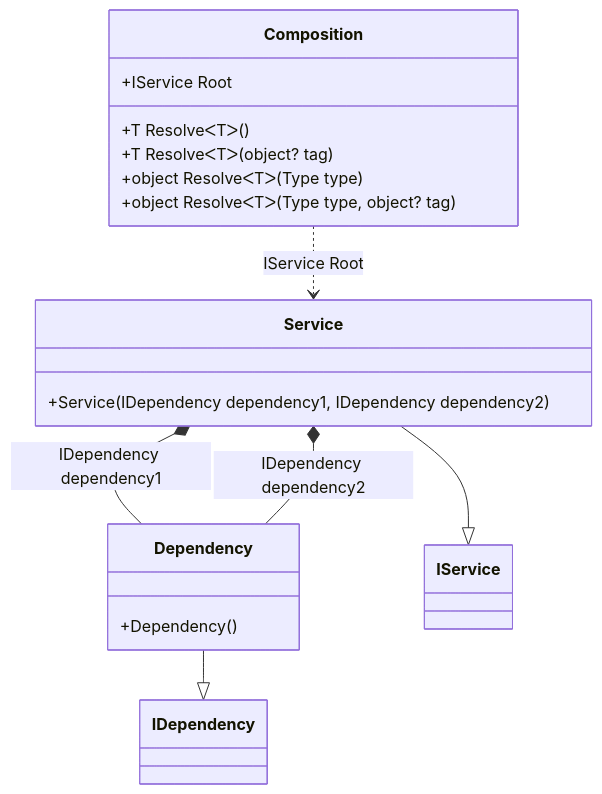
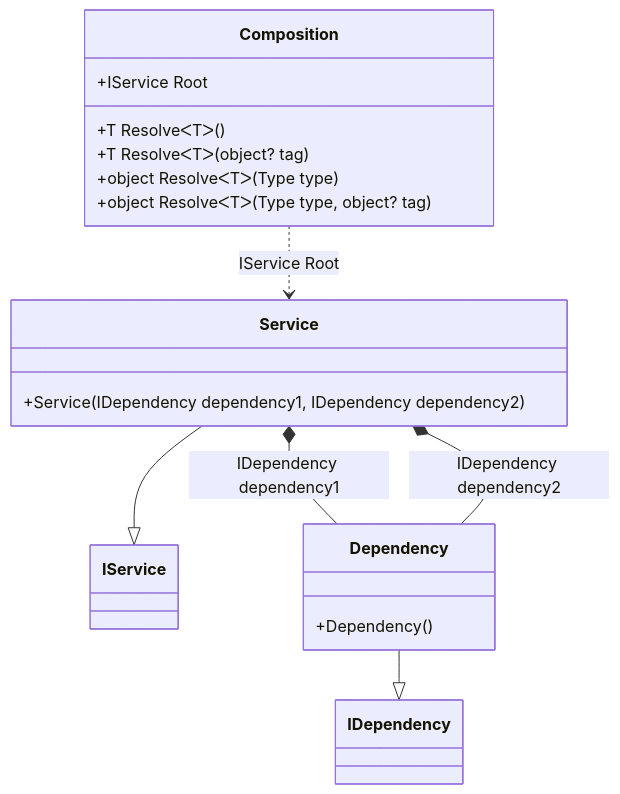
One commit to DevTeam/Pure.DI changed diagram 16 of 35 in readme/Examples.md. Above: the diagram before and after it, drawn with Mermaid. The commit also changed other lines of this file and 28 other files, not shown here.

````diff
--- a/readme/Examples.md
+++ b/readme/Examples.md
@@ -1133,21 +1124,21 @@
 ```mermaid
 classDiagram
 class Composition {
 +IService Root
 +T ResolveᐸTᐳ()
 +T ResolveᐸTᐳ(object? tag)
 +object ResolveᐸTᐳ(Type type)
 +object ResolveᐸTᐳ(Type type, object? tag)
 }
+Service --|> IService : 
+class Service {
++Service(IDependency dependency1, IDependency dependency2)
+}
 Dependency --|> IDependency : 
 class Dependency {
 +Dependency()
 }
-Service --|> IService : 
-class Service {
-+Service(IDependency dependency1, IDependency dependency2)
-}
-Composition ..> Service : IService Root
 Service *--  Dependency : IDependency dependency1
 Service *--  Dependency : IDependency dependency2
+Composition ..> Service : IService Root
 ```
````
